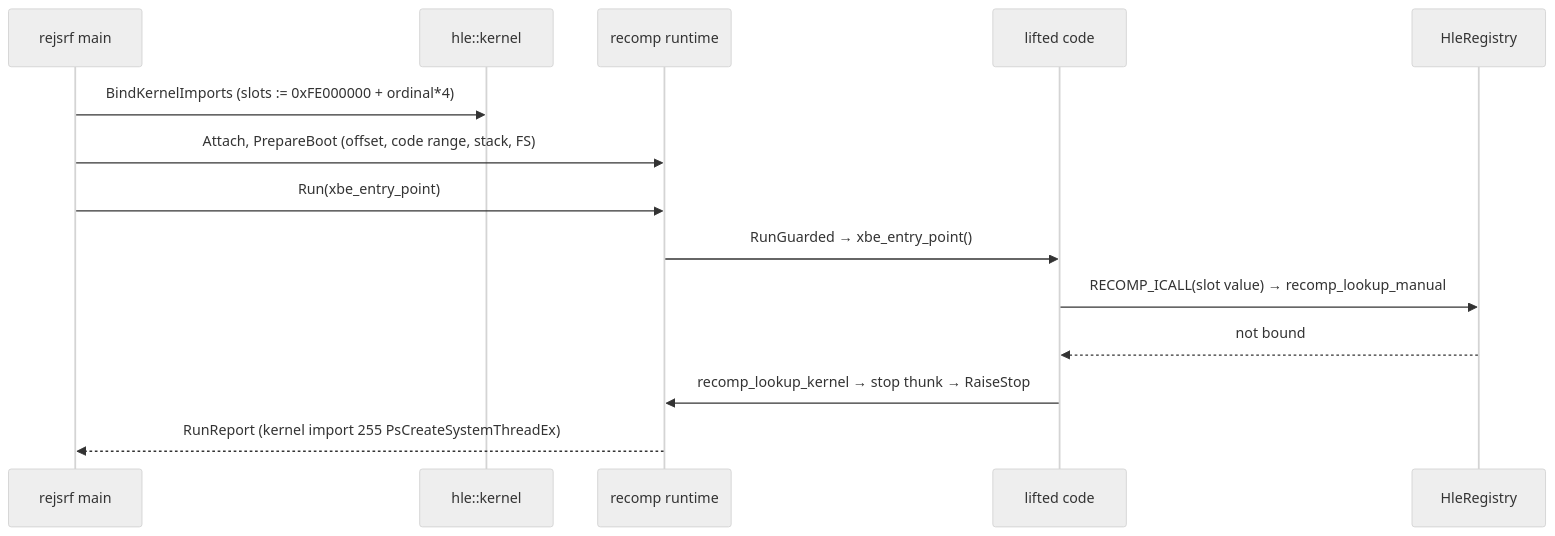
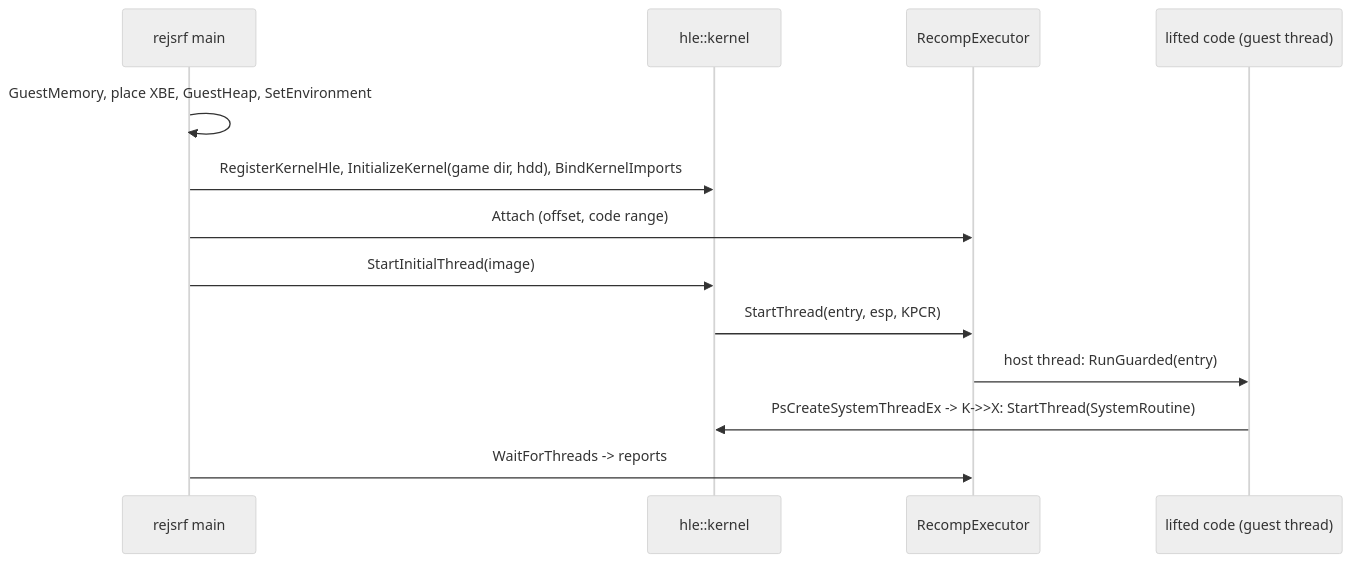
The third of 3 diagrams in ARCHITECTURE.md (nworkers/reJSRF), drawn with Mermaid (neutral theme) before and after one commit. The commit also changed other lines of this file and 51 other files, not shown here.

First line of the commit message:
Kernel HLE: boot through XAPI init to D3D8's first GPU access (#3)

````diff
--- a/ARCHITECTURE.md
+++ b/ARCHITECTURE.md
@@ -66,16 +77,15 @@
 ```mermaid
 sequenceDiagram
     participant App as rejsrf main
     participant K as hle::kernel
-    participant R as recomp runtime
-    participant G as lifted code
-    participant Reg as HleRegistry
-    App->>K: BindKernelImports (slots := 0xFE000000 + ordinal*4)
-    App->>R: Attach, PrepareBoot (offset, code range, stack, FS)
-    App->>R: Run(xbe_entry_point)
-    R->>G: RunGuarded → xbe_entry_point()
-    G->>Reg: RECOMP_ICALL(slot value) → recomp_lookup_manual
-    Reg-->>G: not bound
-    G->>R: recomp_lookup_kernel → stop thunk → RaiseStop
-    R-->>App: RunReport (kernel import 255 PsCreateSystemThreadEx)
+    participant X as RecompExecutor
+    participant G as lifted code (guest thread)
+    App->>App: GuestMemory, place XBE, GuestHeap, SetEnvironment
+    App->>K: RegisterKernelHle, InitializeKernel(game dir, hdd), BindKernelImports
+    App->>X: Attach (offset, code range)
+    App->>K: StartInitialThread(image)
+    K->>X: StartThread(entry, esp, KPCR)
+    X->>G: host thread: RunGuarded(entry)
+    G->>K: PsCreateSystemThreadEx -> K->>X: StartThread(SystemRoutine)
+    App->>X: WaitForThreads -> reports
 ```
````
